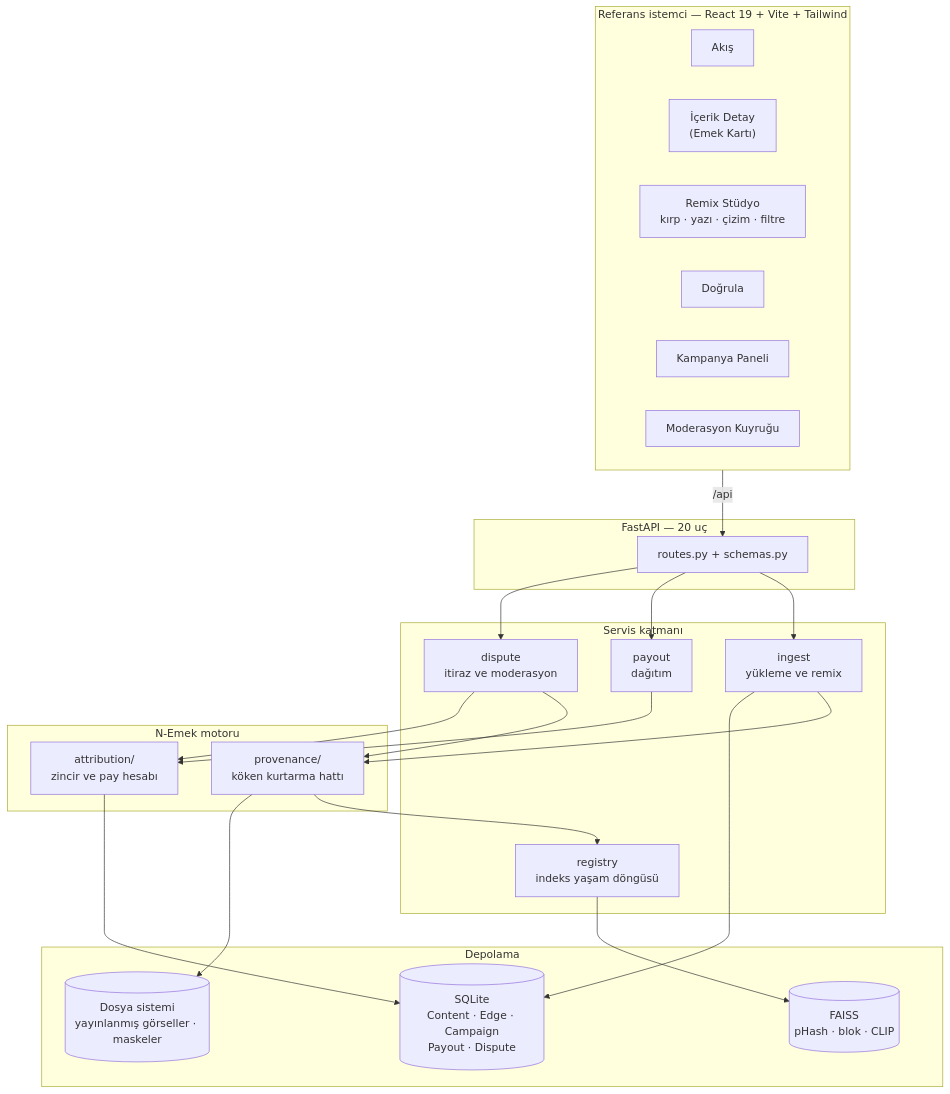
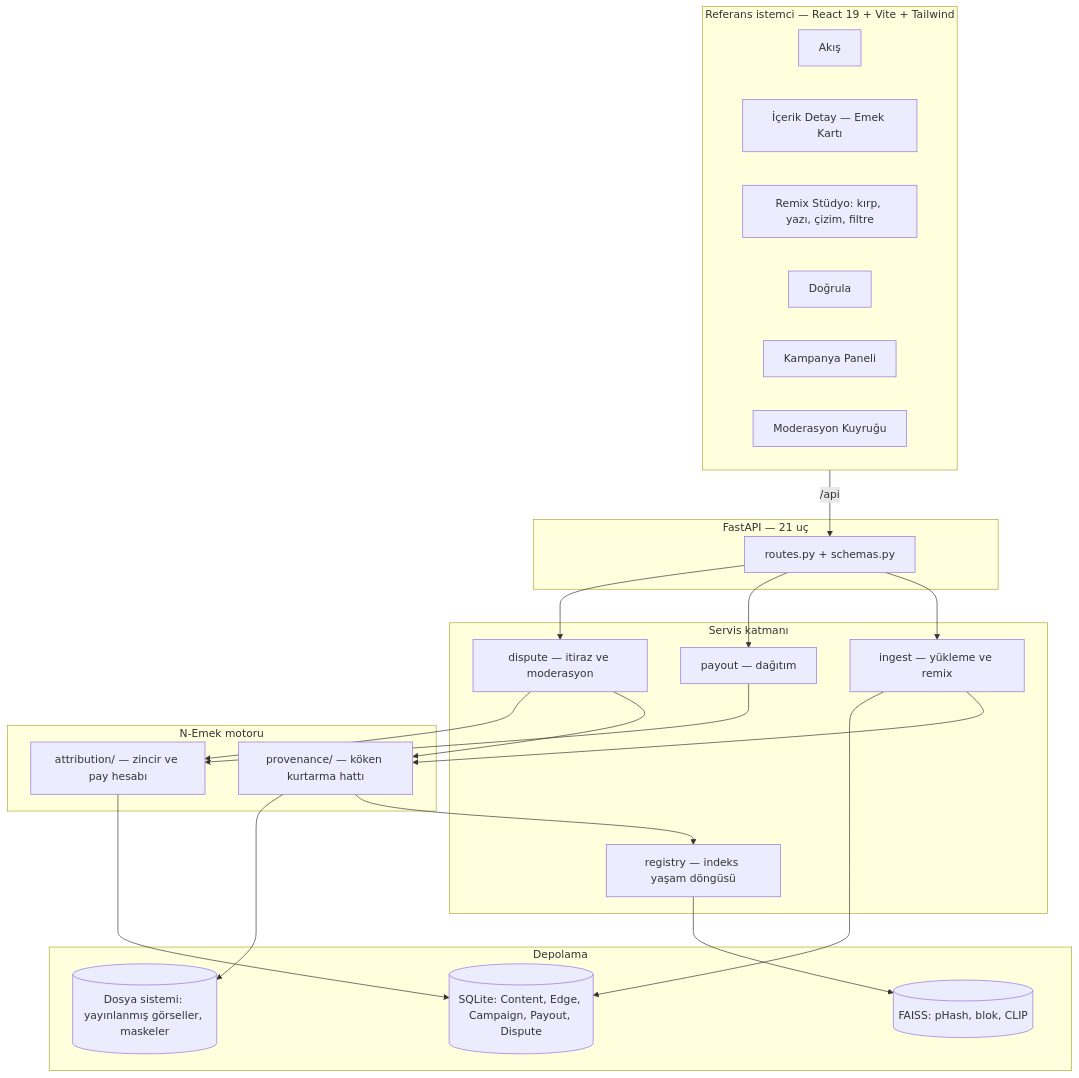
The first of 8 diagrams in docs/MIMARI.md (hamzabdk36-cyber/N-Emek), drawn with Mermaid before and after one commit. The commit also changed other lines of this file, not shown here.

````diff
--- a/docs/MIMARI.md
+++ b/docs/MIMARI.md
@@ -13,44 +13,44 @@
 ```mermaid
 flowchart TB
     subgraph istemci["Referans istemci — React 19 + Vite + Tailwind"]
         akis["Akış"]
-        detay["İçerik Detay<br/>(Emek Kartı)"]
-        studyo["Remix Stüdyo<br/>kırp · yazı · çizim · filtre"]
+        detay["İçerik Detay — Emek Kartı"]
+        studyo["Remix Stüdyo: kırp, yazı, çizim, filtre"]
         dogrula["Doğrula"]
         kampanya["Kampanya Paneli"]
         moderasyon["Moderasyon Kuyruğu"]
     end
 
-    subgraph api["FastAPI — 20 uç"]
+    subgraph api["FastAPI — 21 uç"]
         rest["routes.py + schemas.py"]
     end
 
     subgraph servis["Servis katmanı"]
-        ingest["ingest<br/>yükleme ve remix"]
-        payoutsvc["payout<br/>dağıtım"]
-        disputesvc["dispute<br/>itiraz ve moderasyon"]
-        registry["registry<br/>indeks yaşam döngüsü"]
+        ingest["ingest — yükleme ve remix"]
+        payoutsvc["payout — dağıtım"]
+        disputesvc["dispute — itiraz ve moderasyon"]
+        registry["registry — indeks yaşam döngüsü"]
     end
 
     subgraph motor["N-Emek motoru"]
-        prov["provenance/<br/>köken kurtarma hattı"]
-        attr["attribution/<br/>zincir ve pay hesabı"]
+        prov["provenance/ — köken kurtarma hattı"]
+        attr["attribution/ — zincir ve pay hesabı"]
     end
 
     subgraph depo["Depolama"]
-        db[("SQLite<br/>Content · Edge · Campaign<br/>Payout · Dispute")]
-        faiss[("FAISS<br/>pHash · blok · CLIP")]
-        disk[("Dosya sistemi<br/>yayınlanmış görseller · maskeler")]
+        db[("SQLite: Content, Edge, Campaign, Payout, Dispute")]
+        faiss[("FAISS: pHash, blok, CLIP")]
+        disk[("Dosya sistemi: yayınlanmış görseller, maskeler")]
     end
 
     istemci -->|"/api"| rest
     rest --> ingest & payoutsvc & disputesvc
     ingest --> prov
     payoutsvc --> attr
     disputesvc --> prov & attr
     registry --> faiss
     prov --> registry
     prov --> disk
     attr --> db
     ingest --> db
 ```
````
